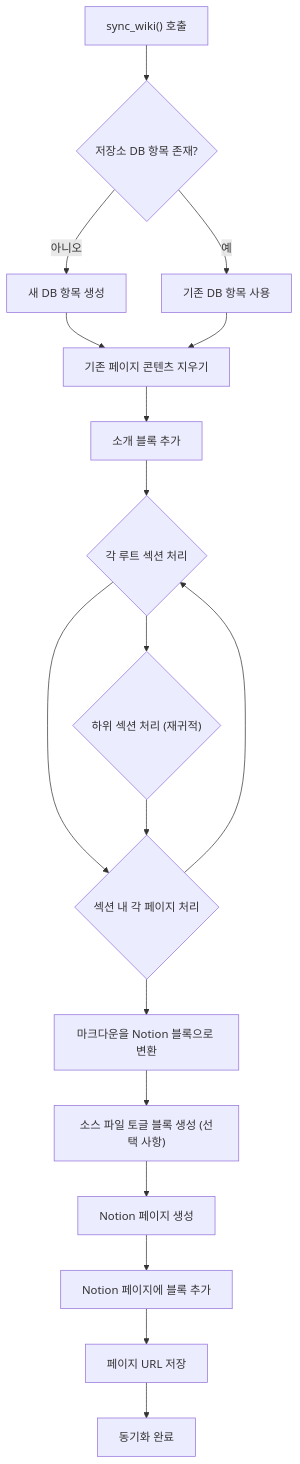
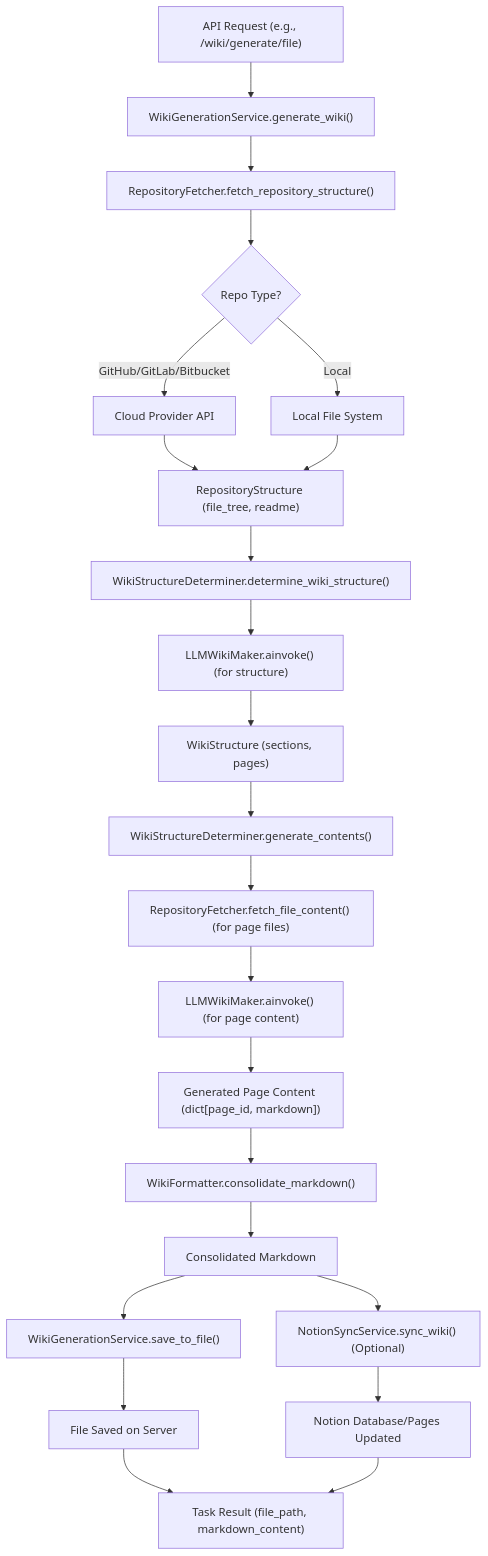
Before and after one commit to catuscio/wiki-as-readme: diagram 17 of 19 in examples/wiki_as_README.md, drawn with Mermaid. The commit also changed other lines of this file, not shown here.

Commit message:
✨📚 Update examples/wiki_as_README.md via Wiki-As-Readme Action (en)

````diff
--- a/examples/wiki_as_README.md
+++ b/examples/wiki_as_README.md
@@ -2000,20 +1836,25 @@
 ```mermaid
 graph TD
-    A["sync_wiki() 호출"] --> B{"저장소 DB 항목 존재?"}
-    B -- "아니오" --> C["새 DB 항목 생성"]
-    B -- "예" --> D["기존 DB 항목 사용"]
-    C --> E["기존 페이지 콘텐츠 지우기"]
-    D --> E
-    E --> F["소개 블록 추가"]
-    F --> G{"각 루트 섹션 처리"}
-    G --> H{"섹션 내 각 페이지 처리"}
-    H --> I["마크다운을 Notion 블록으로 변환"]
-    I --> J["소스 파일 토글 블록 생성 (선택 사항)"]
-    J --> K["Notion 페이지 생성"]
-    K --> L["Notion 페이지에 블록 추가"]
-    L --> M["페이지 URL 저장"]
-    H --> G
-    G --> N{"하위 섹션 처리 (재귀적)"}
-    N --> H
-    M --> O["동기화 완료"]
+    A["API Request (e.g., /wiki/generate/file)"] --> B["WikiGenerationService.generate_wiki()"]
+    B --> C["RepositoryFetcher.fetch_repository_structure()"]
+    C --> D{"Repo Type?"}
+    D -- "GitHub/GitLab/Bitbucket" --> E["Cloud Provider API"]
+    D -- "Local" --> F["Local File System"]
+    E --> G["RepositoryStructure (file_tree, readme)"]
+    F --> G
+    G --> H["WikiStructureDeterminer.determine_wiki_structure()"]
+    H --> I["LLMWikiMaker.ainvoke() (for structure)"]
+    I --> J["WikiStructure (sections, pages)"]
+    J --> K["WikiStructureDeterminer.generate_contents()"]
+    K --> L["RepositoryFetcher.fetch_file_content() (for page files)"]
+    L --> M["LLMWikiMaker.ainvoke() (for page content)"]
+    M --> N["Generated Page Content (dict[page_id, markdown])"]
+    N --> O["WikiFormatter.consolidate_markdown()"]
+    O --> P["Consolidated Markdown"]
+    P --> Q["WikiGenerationService.save_to_file()"]
+    P --> R["NotionSyncService.sync_wiki() (Optional)"]
+    Q --> S["File Saved on Server"]
+    R --> T["Notion Database/Pages Updated"]
+    S --> U["Task Result (file_path, markdown_content)"]
+    T --> U
 ```
````
